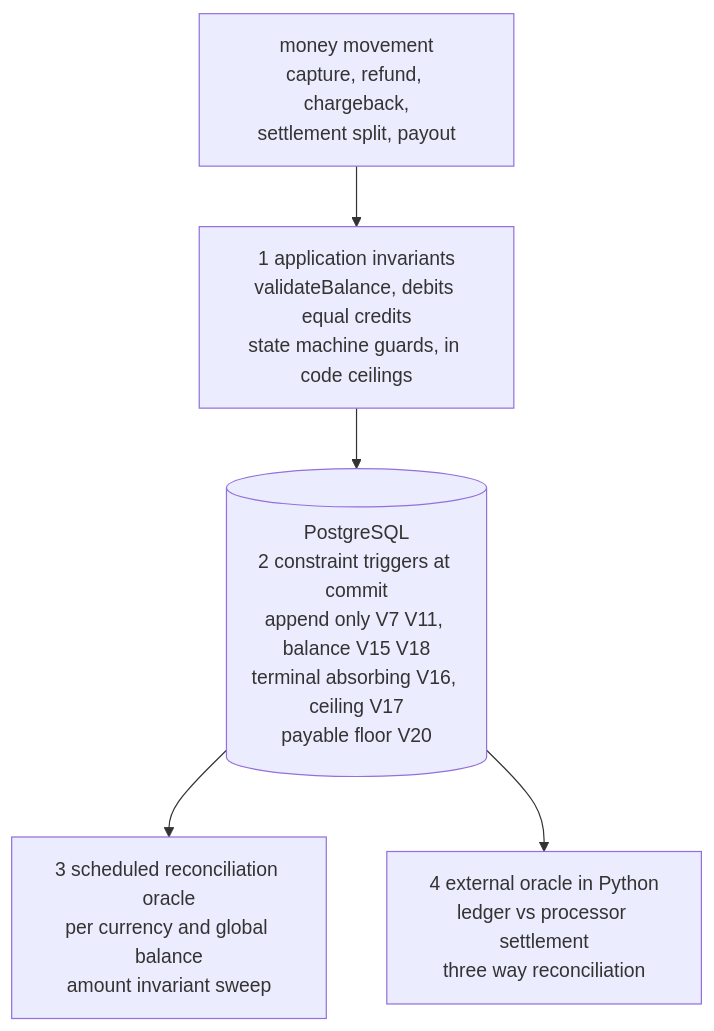
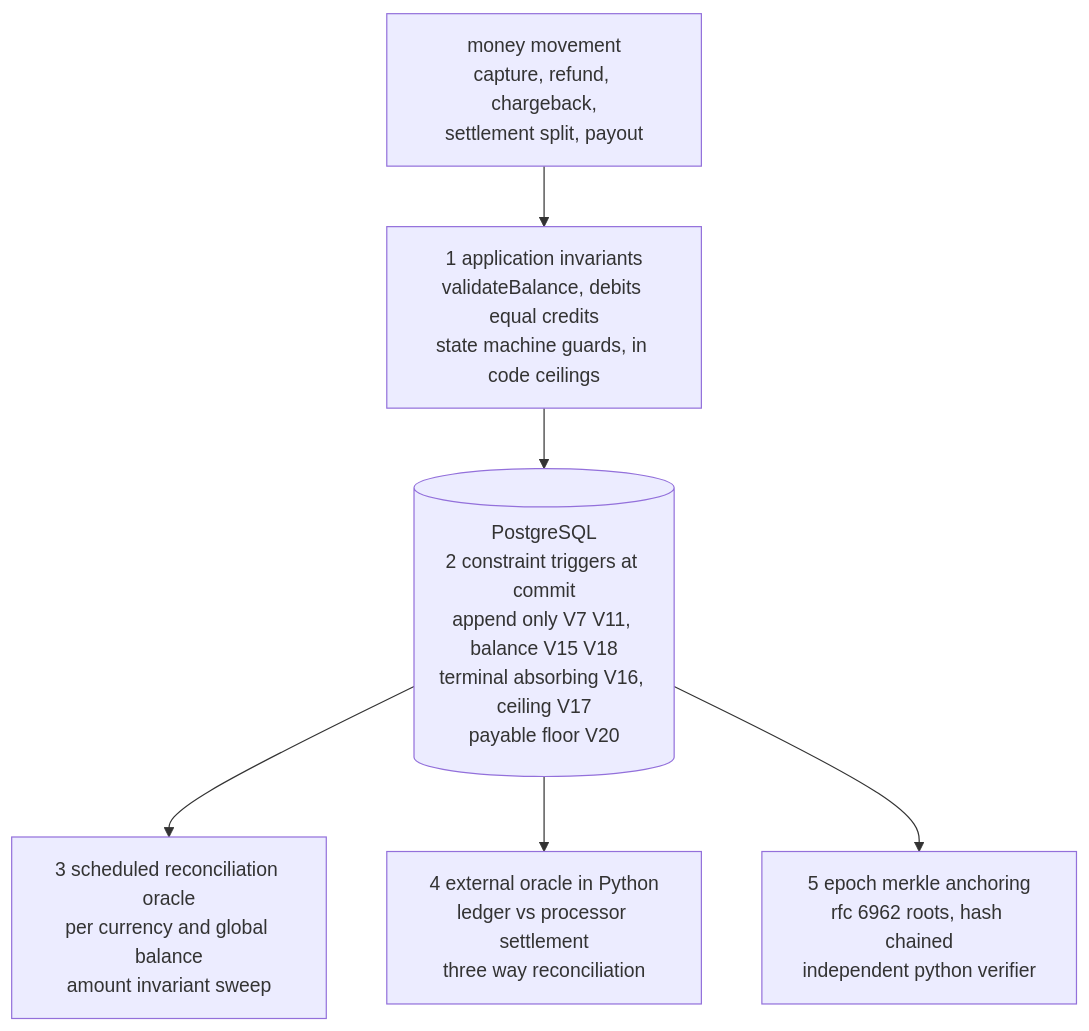
Before and after one commit to VictoriousAttitude/payment-service: the diagram in README.md, drawn with Mermaid. The commit also changed other lines of this file, not shown here.

Commit message:
docs: epoch merkle anchoring and independent verifier runbook

````diff
--- a/README.md
+++ b/README.md
@@ -14,12 +14,14 @@
 ```mermaid
 flowchart TB
     write["money movement<br/>capture, refund, chargeback,<br/>settlement split, payout"]
     app["1 application invariants<br/>validateBalance, debits equal credits<br/>state machine guards, in code ceilings"]
     pg[("PostgreSQL<br/>2 constraint triggers at commit<br/>append only V7 V11, balance V15 V18<br/>terminal absorbing V16, ceiling V17<br/>payable floor V20")]
     recon["3 scheduled reconciliation oracle<br/>per currency and global balance<br/>amount invariant sweep"]
     oracle["4 external oracle in Python<br/>ledger vs processor settlement<br/>three way reconciliation"]
+    anchor["5 epoch merkle anchoring<br/>rfc 6962 roots, hash chained<br/>independent python verifier"]
 
     write --> app --> pg
     pg --> recon
     pg --> oracle
+    pg --> anchor
 ```
````
